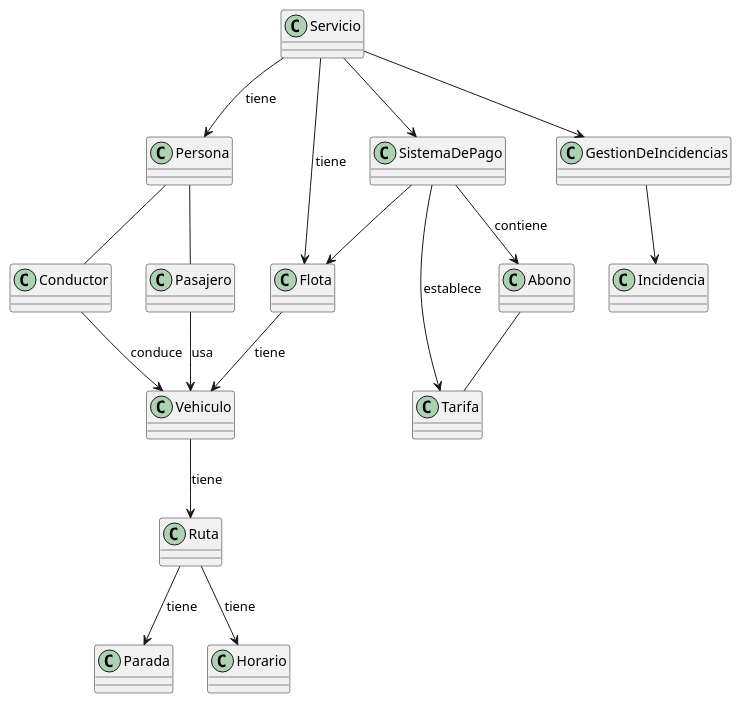
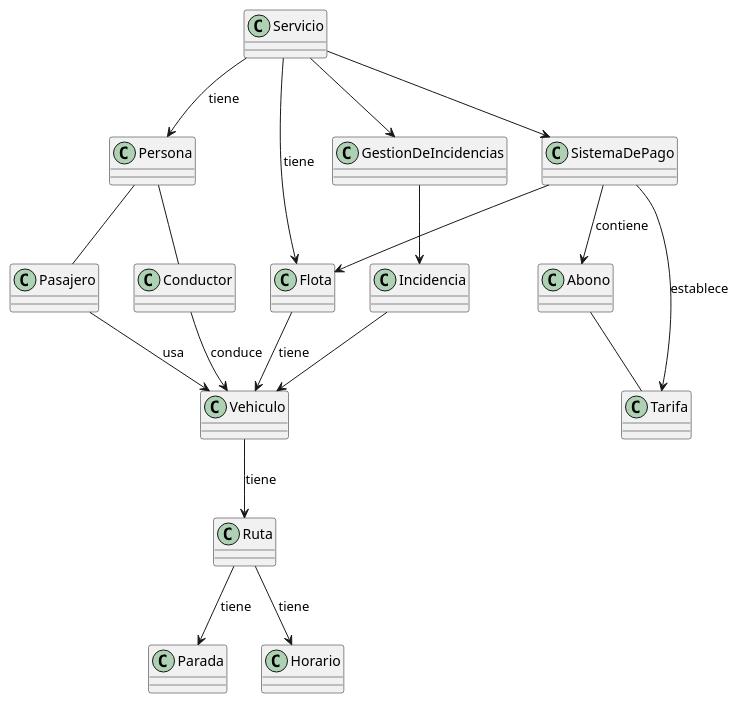
One commit to Ingenieria-Informatica-UNEATLANTICO/app-actividad-post-parcial-BrendaLopes changed the diagram in src/DdC_Original.puml. Above: the diagram before and after it, drawn with PlantUML. The commit also changed 1 other file, not shown here.

Commit message:
Diagrama de objetos original

```diff
--- a/src/DdC_Original.puml
+++ b/src/DdC_Original.puml
@@ -1,72 +1,73 @@
 @startuml
 
 class Servicio {
 }
 
 class Persona {
 }
 
 class Pasajero {
 }
 
 class Conductor {
 }
 
 class SistemaDePago {
 }
 
 class Tarifa {
 }
 
 class Abono {
 }
 
 class Flota {
 }
 
 class Vehiculo {
 }
 
 class Ruta {
 }
 
 class Parada {
 }
 
 class Horario {
 }
 
 class GestionDeIncidencias {
 }
 
 class Incidencia {
 }
 
 
 Servicio --> Persona : tiene
 Servicio --> SistemaDePago 
 Servicio --> Flota : tiene
 Servicio --> GestionDeIncidencias
 
 Persona -- Pasajero
 Persona -- Conductor
 
 Pasajero --> Vehiculo : usa
 Conductor --> Vehiculo : conduce
 
 SistemaDePago --> Flota 
 SistemaDePago --> Tarifa : establece
 SistemaDePago --> Abono : contiene
 
 Abono -- Tarifa
 
 Flota --> Vehiculo : tiene
 
 Vehiculo --> Ruta : tiene
 
 Ruta --> Parada : tiene
 Ruta --> Horario : tiene
 
 GestionDeIncidencias --> Incidencia
+Incidencia --> Vehiculo
 
 @enduml
```
